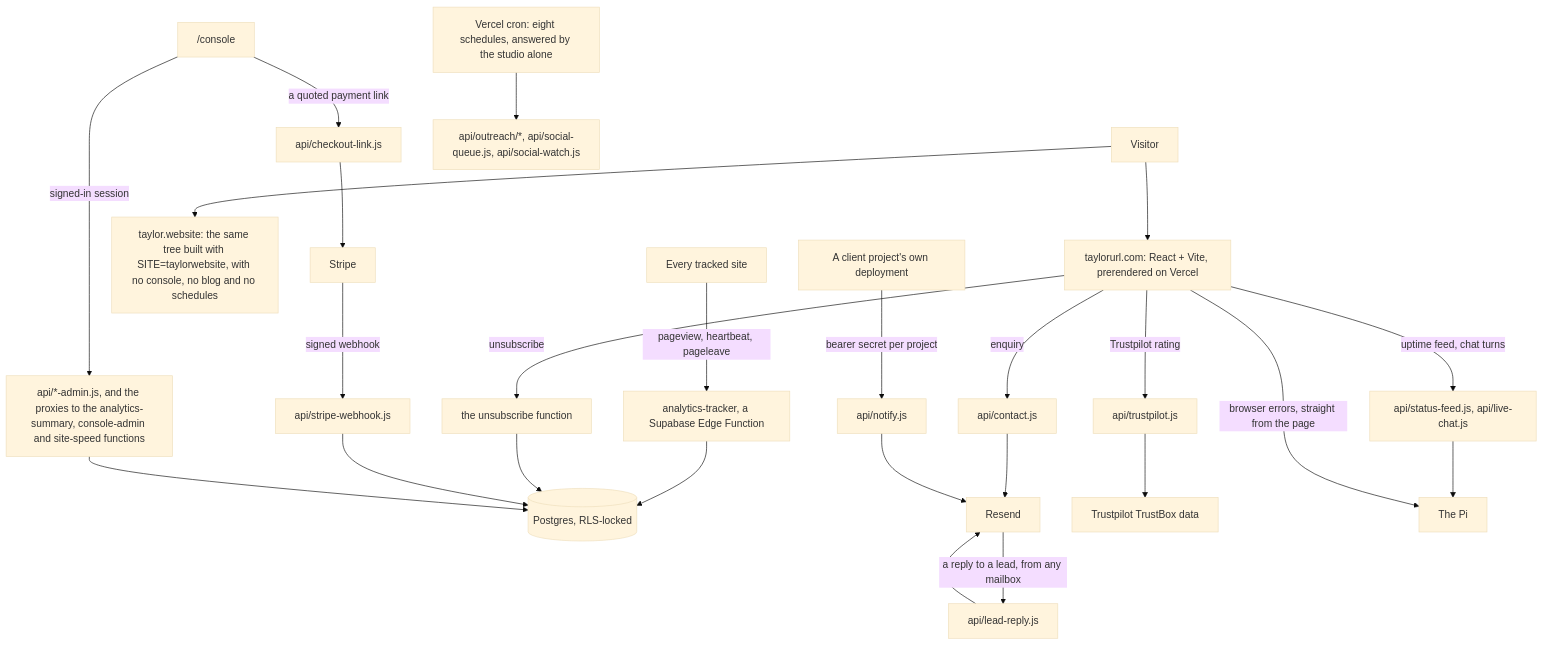
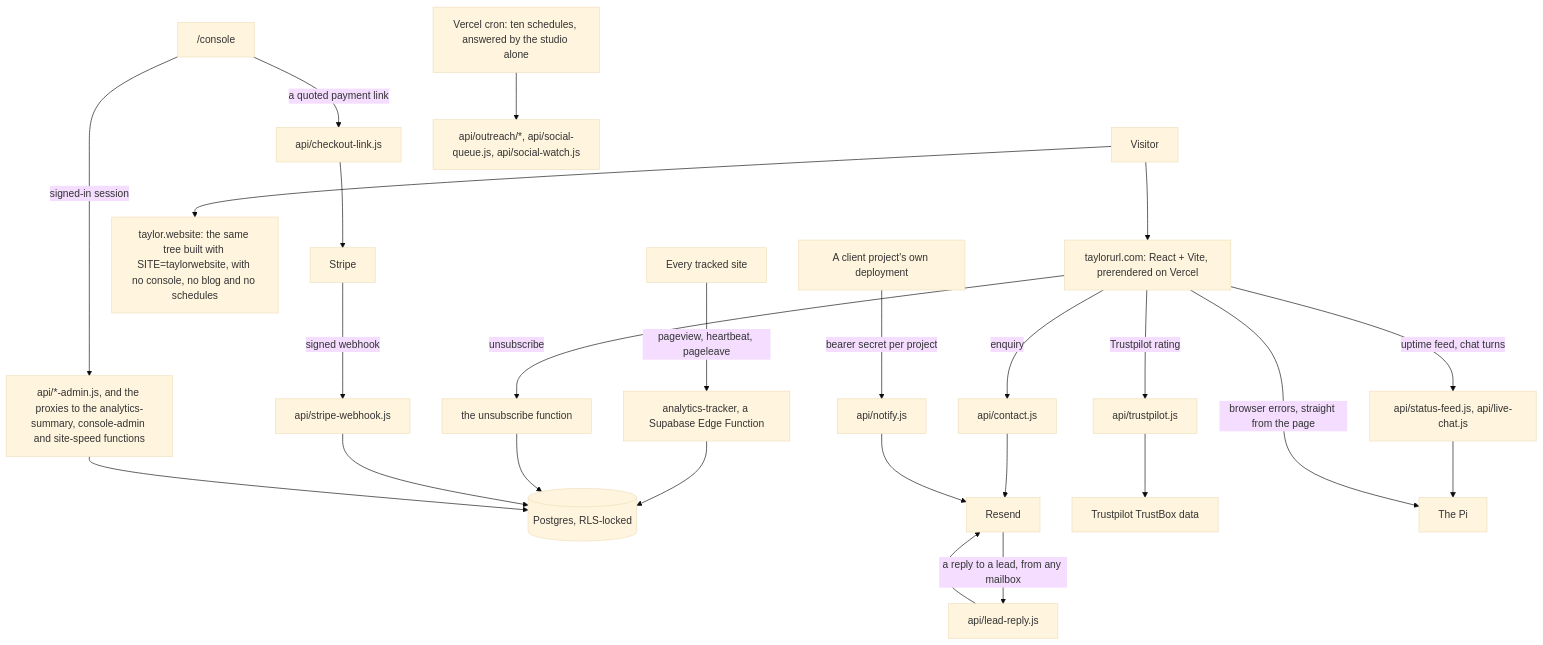
Before and after one commit to TaylorURL/taylorurl-com: the diagram in README.md, drawn with Mermaid (base theme). The commit also changed 16 other files, not shown here.

````diff
--- a/README.md
+++ b/README.md
@@ -111,17 +111,17 @@
 ```mermaid
 flowchart TD
     V["Visitor"] --> Site["taylorurl.com: React + Vite, prerendered on Vercel"]
     V --> Sub["taylor.website: the same tree built with SITE=taylorwebsite, with no console, no blog and no schedules"]
     Any["Every tracked site"] -->|"pageview, heartbeat, pageleave"| IN["analytics-tracker, a Supabase Edge Function"]
     IN --> DB[("Postgres, RLS-locked")]
     Site -->|"unsubscribe"| EF["the unsubscribe function"] --> DB
     Site -->|"enquiry"| CT["api/contact.js"] --> RS["Resend"]
     RS -->|"a reply to a lead, from any mailbox"| LR["api/lead-reply.js"] --> RS
     Console["/console"] -->|"a quoted payment link"| CK["api/checkout-link.js"] --> ST["Stripe"] -->|"signed webhook"| WH["api/stripe-webhook.js"] --> DB
     Site -->|"Trustpilot rating"| TP["api/trustpilot.js"] --> TB["Trustpilot TrustBox data"]
     Site -->|"uptime feed, chat turns"| PX["api/status-feed.js, api/live-chat.js"] --> PI["The Pi"]
     Site -->|"browser errors, straight from the page"| PI
     Console -->|"signed-in session"| ADM["api/*-admin.js, and the proxies to the analytics-summary, console-admin and site-speed functions"] --> DB
     Client["A client project's own deployment"] -->|"bearer secret per project"| NF["api/notify.js"] --> RS
-    Cron["Vercel cron: eight schedules, answered by the studio alone"] --> Jobs["api/outreach/*, api/social-queue.js, api/social-watch.js"]
+    Cron["Vercel cron: ten schedules, answered by the studio alone"] --> Jobs["api/outreach/*, api/social-queue.js, api/social-watch.js"]
 ```
````
